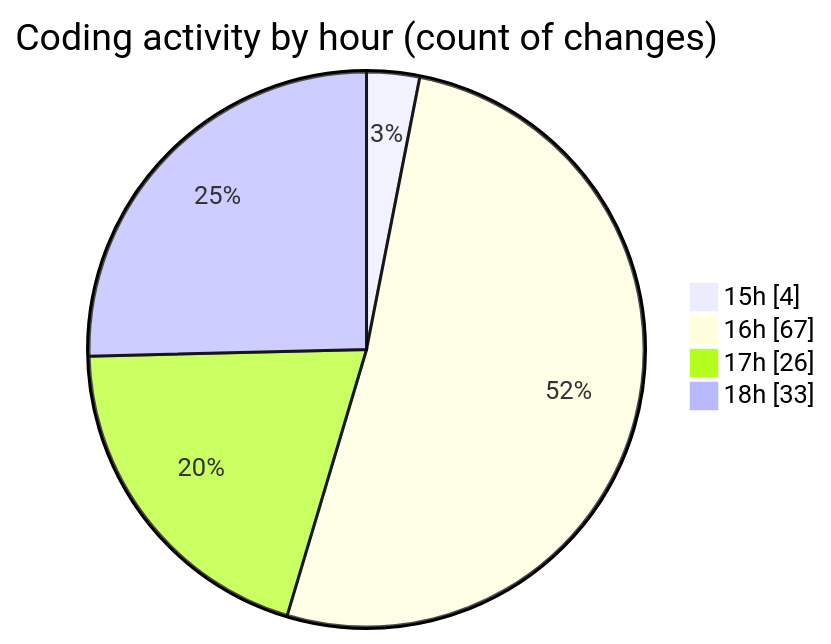
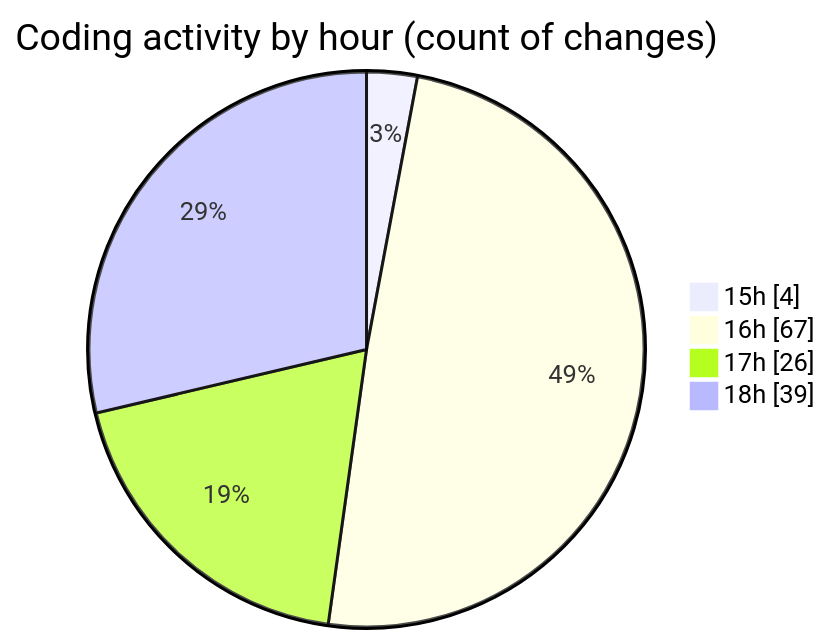
The second of 2 diagrams in 2025-05-26/zip_file/README.md (Ritupan-Deka/code-tracking), drawn with Mermaid before and after one commit. The commit also changed other lines of this file and 1 other file, not shown here.

````diff
--- a/2025-05-26/zip_file/README.md
+++ b/2025-05-26/zip_file/README.md
@@ -43,8 +43,8 @@
 ```mermaid
 pie showData
 title Coding activity by hour (count of changes)
 "15h" : 4
 "16h" : 67
 "17h" : 26
-"18h" : 33
+"18h" : 39
 ```
````
